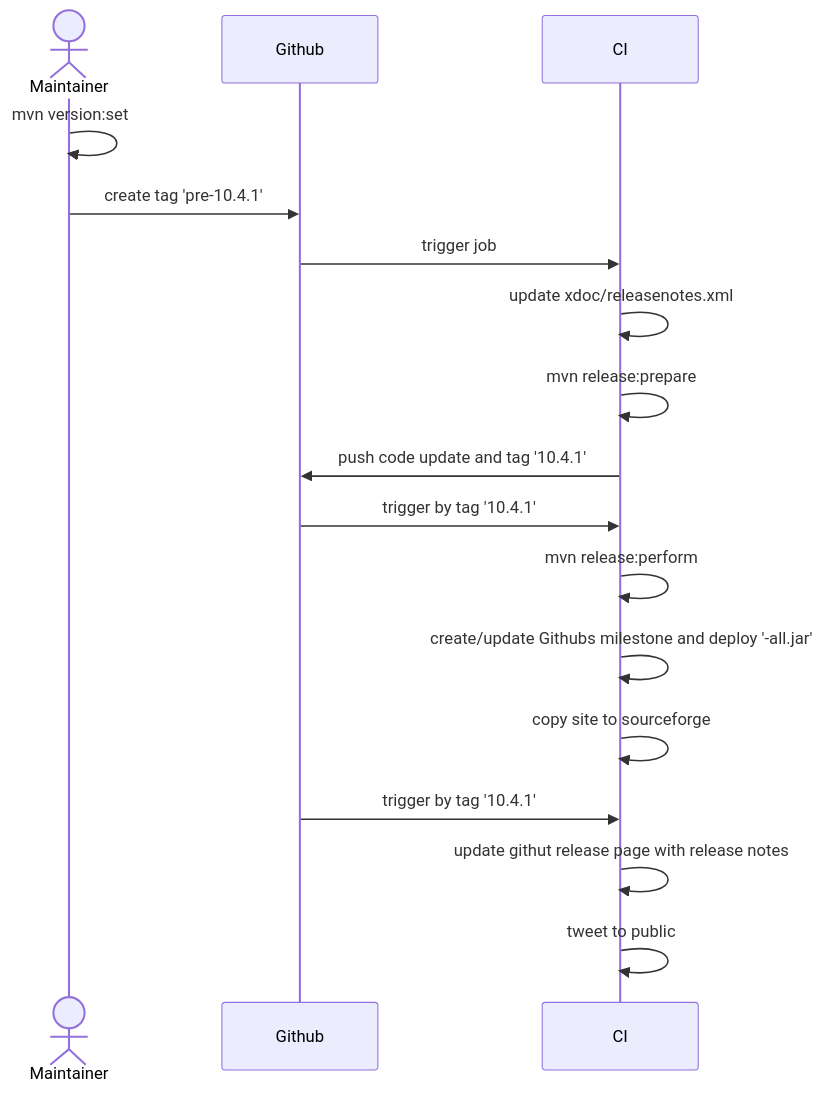
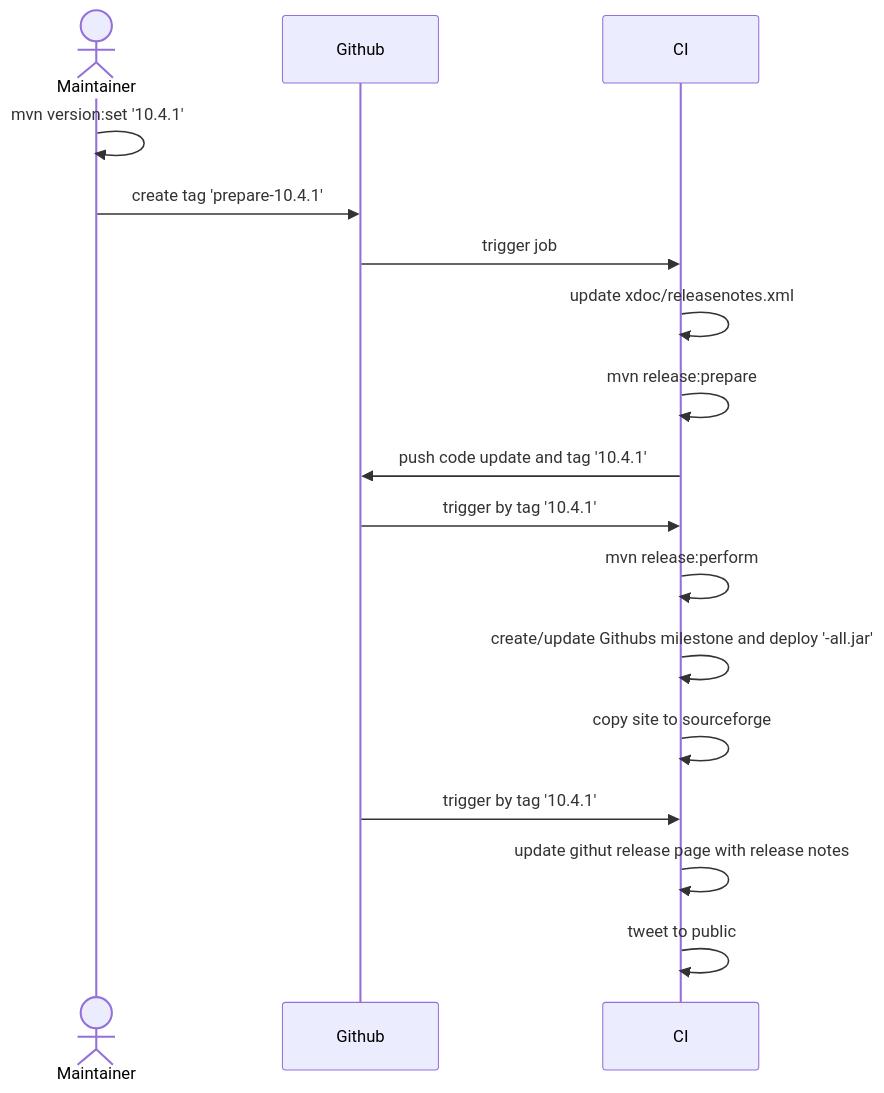
The diagram in releasenotes-builder/diagrams.md (checkstyle/contribution), drawn with Mermaid before and after one commit.

Commit message:
doc: make mvn set exact version

````diff
--- a/releasenotes-builder/diagrams.md
+++ b/releasenotes-builder/diagrams.md
@@ -3,22 +3,22 @@
 ```mermaid
 sequenceDiagram
     actor Maintainer
     participant Github
     participant CI
-    Maintainer->>Maintainer: mvn version:set
-    Maintainer->>Github: create tag 'pre-10.4.1'
+    Maintainer->>Maintainer: mvn version:set '10.4.1'
+    Maintainer->>Github: create tag 'prepare-10.4.1'
     Github->>CI: trigger job
     CI->>CI: update xdoc/releasenotes.xml
     CI->>CI: mvn release:prepare
     CI->>Github: push code update and tag '10.4.1'
     
     Github->>CI: trigger by tag '10.4.1'
     CI->>CI: mvn release:perform
     CI->>CI: create/update Githubs milestone and deploy '-all.jar' 
     CI->>CI: copy site to sourceforge
 
     Github->>CI: trigger by tag '10.4.1'
     CI->>CI: update githut release page with release notes
     CI->>CI: tweet to public
 
 ```
````
